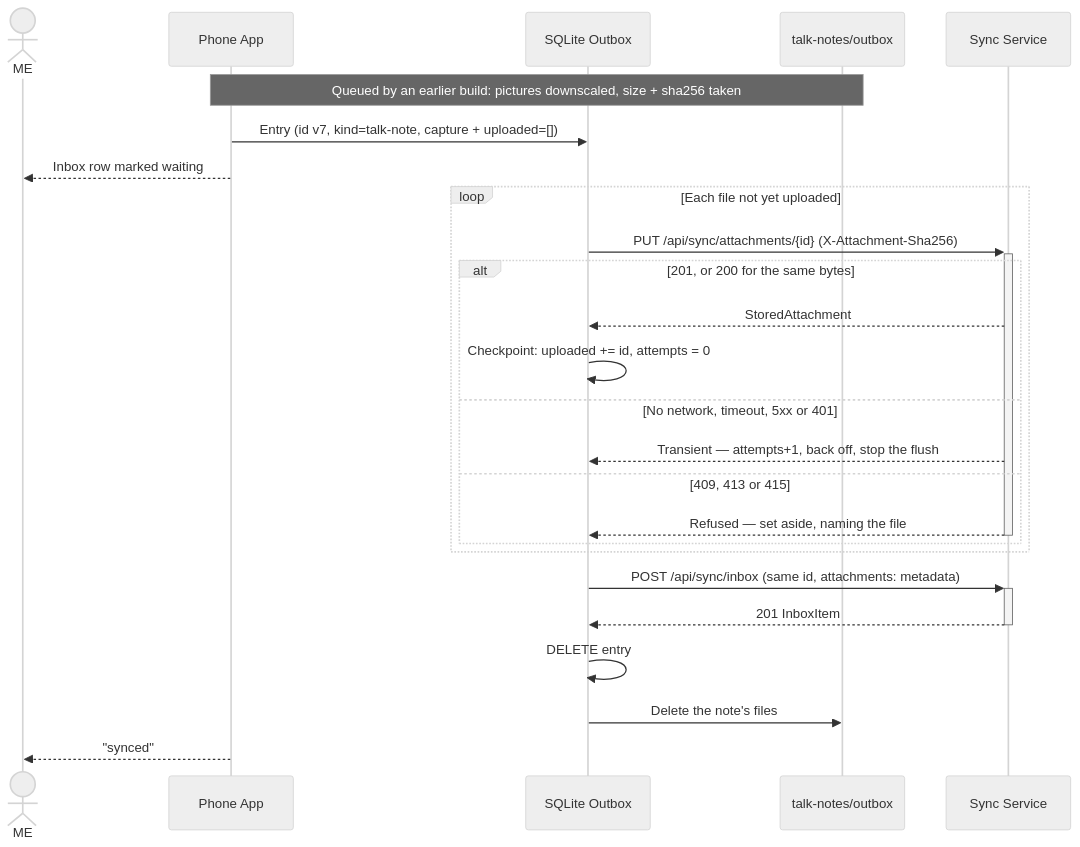
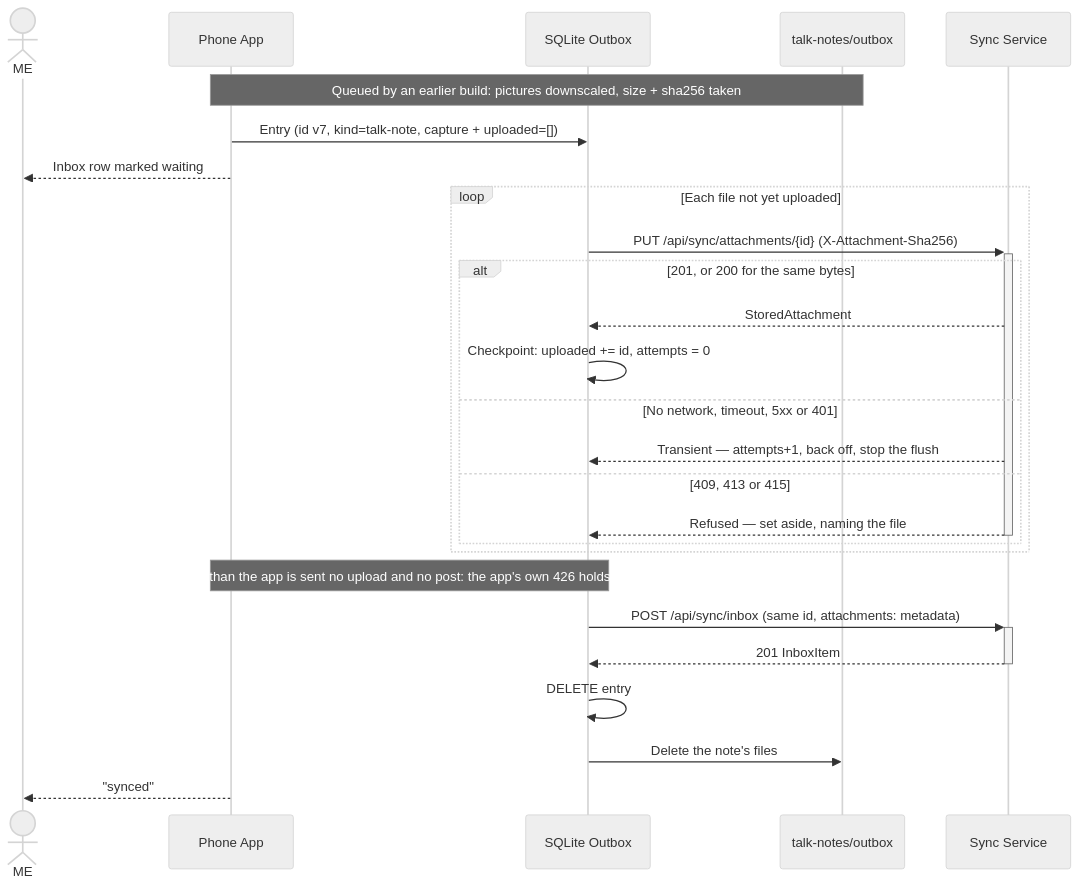
The fifth of 14 diagrams in .devbook/arc42/06-runtime-view.md (JSdotNet/Backlog), drawn with Mermaid (neutral theme) before and after one commit. The commit also changed other lines of this file and 6 other files, not shown here.

````diff
--- a/.devbook/arc42/06-runtime-view.md
+++ b/.devbook/arc42/06-runtime-view.md
@@ -250,30 +264,32 @@
 ```mermaid
 sequenceDiagram
     actor ME
     participant App as Phone App
     participant Outbox as SQLite Outbox
     participant Files as talk-notes/outbox
     participant Sync as Sync Service
 
     Note over App,Files: Queued by an earlier build: pictures downscaled, size + sha256 taken
     App->>Outbox: Entry (id v7, kind=talk-note, capture + uploaded=[])
     App-->>ME: Inbox row marked waiting
 
     loop Each file not yet uploaded
         Outbox->>+Sync: PUT /api/sync/attachments/{id} (X-Attachment-Sha256)
         alt 201, or 200 for the same bytes
             Sync-->>Outbox: StoredAttachment
             Outbox->>Outbox: Checkpoint: uploaded += id, attempts = 0
         else No network, timeout, 5xx or 401
             Sync-->>Outbox: Transient — attempts+1, back off, stop the flush
         else 409, 413 or 415
             Sync-->>-Outbox: Refused — set aside, naming the file
         end
     end
 
+    Note over App,Outbox: A service newer than the app is sent no upload and no post: the app's own 426 holds the entry as it is
+
     Outbox->>+Sync: POST /api/sync/inbox (same id, attachments: metadata)
     Sync-->>-Outbox: 201 InboxItem
     Outbox->>Outbox: DELETE entry
     Outbox->>Files: Delete the note's files
     App-->>ME: "synced"
 ```
````
